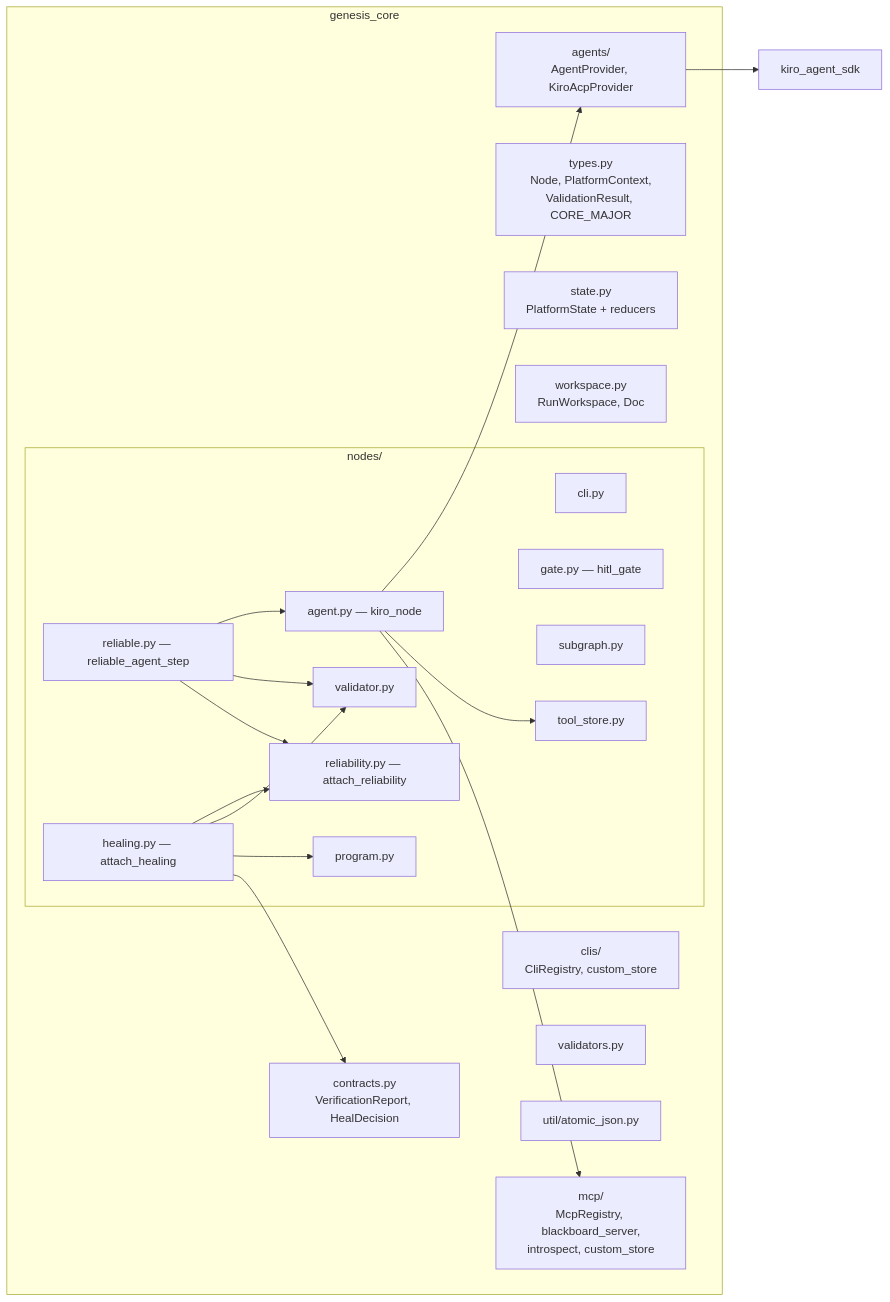
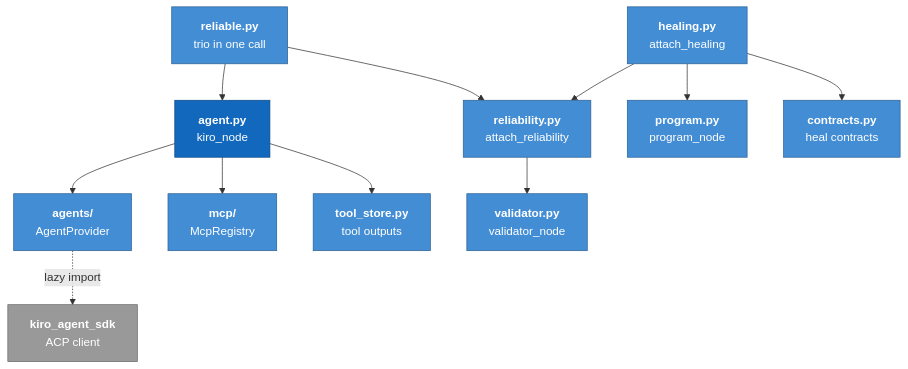
Before and after one commit to ram-020998/project-tracker: the first of 4 diagrams in genesis/architecture/modules/core-engine.md, drawn with Mermaid. The commit also changed other lines of this file and 24 other files, not shown here.

First line of the commit message:
architecture: rewrite all 86 Mermaid diagrams to one C4 style, each render-checked

````diff
--- a/genesis/architecture/modules/core-engine.md
+++ b/genesis/architecture/modules/core-engine.md
@@ -44,32 +44,26 @@
 ```mermaid
-flowchart LR
-    subgraph core["genesis_core"]
-        types["types.py<br/>Node, PlatformContext,<br/>ValidationResult, CORE_MAJOR"]
-        state["state.py<br/>PlatformState + reducers"]
-        ws["workspace.py<br/>RunWorkspace, Doc"]
-        subgraph nodes["nodes/"]
-            program["program.py"]
-            agent["agent.py — kiro_node"]
-            cli["cli.py"]
-            validator["validator.py"]
-            gate["gate.py — hitl_gate"]
-            sub["subgraph.py"]
-            rel["reliability.py — attach_reliability"]
-            relstep["reliable.py — reliable_agent_step"]
-            heal["healing.py — attach_healing"]
-            tstore["tool_store.py"]
-        end
-        agents["agents/<br/>AgentProvider, KiroAcpProvider"]
-        mcp["mcp/<br/>McpRegistry, blackboard_server,<br/>introspect, custom_store"]
-        clis["clis/<br/>CliRegistry, custom_store"]
-        vals["validators.py"]
-        contracts["contracts.py<br/>VerificationReport, HealDecision"]
-        util["util/atomic_json.py"]
-    end
-    sdk["kiro_agent_sdk"]
-    agent --> agents --> sdk
-    agent --> tstore
-    agent --> mcp
-    relstep --> agent & validator & rel
-    heal --> rel & validator & program & contracts
+flowchart TB
+    relstep["<b>reliable.py</b><br/>trio in one call"]:::comp
+    heal["<b>healing.py</b><br/>attach_healing"]:::comp
+    rel["<b>reliability.py</b><br/>attach_reliability"]:::comp
+
+    agent["<b>agent.py</b><br/>kiro_node"]:::core
+    validator["<b>validator.py</b><br/>validator_node"]:::comp
+    program["<b>program.py</b><br/>program_node"]:::comp
+    contracts["<b>contracts.py</b><br/>heal contracts"]:::comp
+
+    provider["<b>agents/</b><br/>AgentProvider"]:::comp
+    registry["<b>mcp/</b><br/>McpRegistry"]:::comp
+    store["<b>tool_store.py</b><br/>tool outputs"]:::comp
+    sdk["<b>kiro_agent_sdk</b><br/>ACP client"]:::ext
+
+    relstep --> agent & rel
+    heal --> rel & program & contracts
+    rel --> validator
+    agent --> provider & registry & store
+    provider -. "lazy import" .-> sdk
+
+    classDef core fill:#1168bd,stroke:#0b4884,color:#ffffff
+    classDef comp fill:#438dd5,stroke:#2e6295,color:#ffffff
+    classDef ext fill:#999999,stroke:#6b6b6b,color:#ffffff
 ```
````
